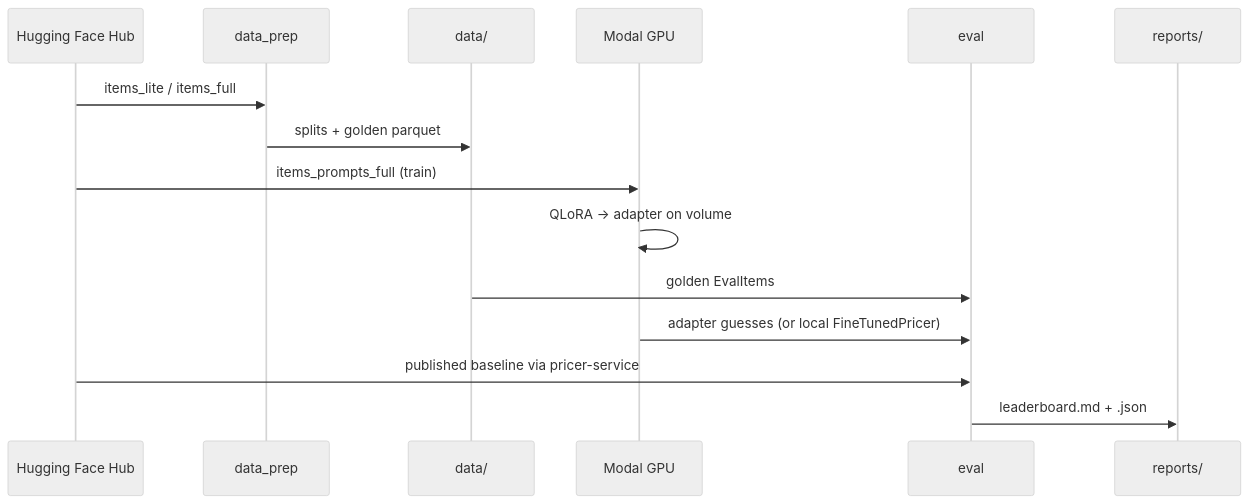
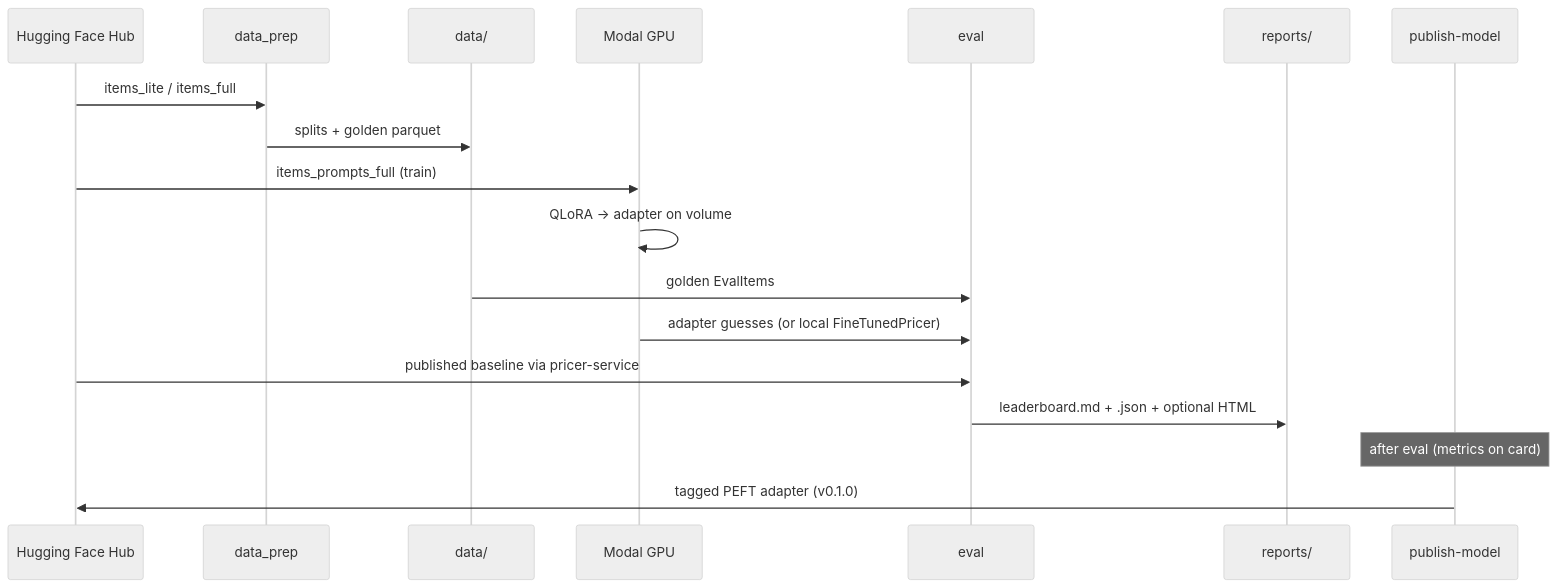
The third of 3 diagrams in docs/DESIGN.md (benifa/price-engine), drawn with Mermaid (neutral theme) before and after one commit. The commit also changed other lines of this file and 18 other files, not shown here.

Commit message:
Add versioned Hub publish, visual eval reports, and optional Ollama export.

````diff
--- a/docs/DESIGN.md
+++ b/docs/DESIGN.md
@@ -83,18 +102,21 @@
 ```mermaid
 sequenceDiagram
   participant Hub as Hugging Face Hub
   participant Prep as data_prep
   participant Disk as data/
   participant Modal as Modal GPU
   participant Eval as eval
   participant Out as reports/
+  participant Pub as publish-model
 
   Hub->>Prep: items_lite / items_full
   Prep->>Disk: splits + golden parquet
   Hub->>Modal: items_prompts_full (train)
   Modal->>Modal: QLoRA → adapter on volume
   Disk->>Eval: golden EvalItems
   Modal->>Eval: adapter guesses (or local FineTunedPricer)
   Hub->>Eval: published baseline via pricer-service
-  Eval->>Out: leaderboard.md + .json
+  Eval->>Out: leaderboard.md + .json + optional HTML
+  Note over Pub: after eval (metrics on card)
+  Pub->>Hub: tagged PEFT adapter (v0.1.0)
 ```
````
